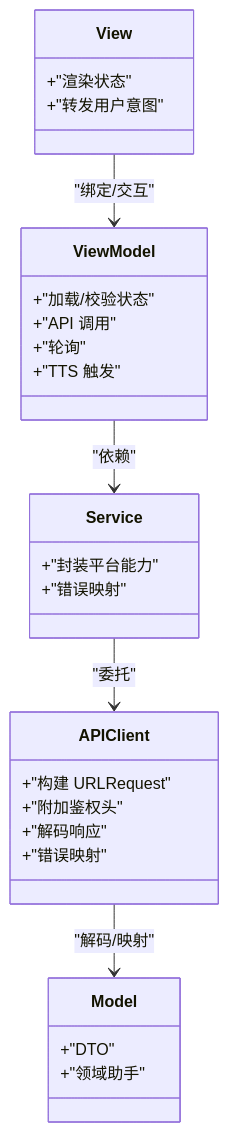
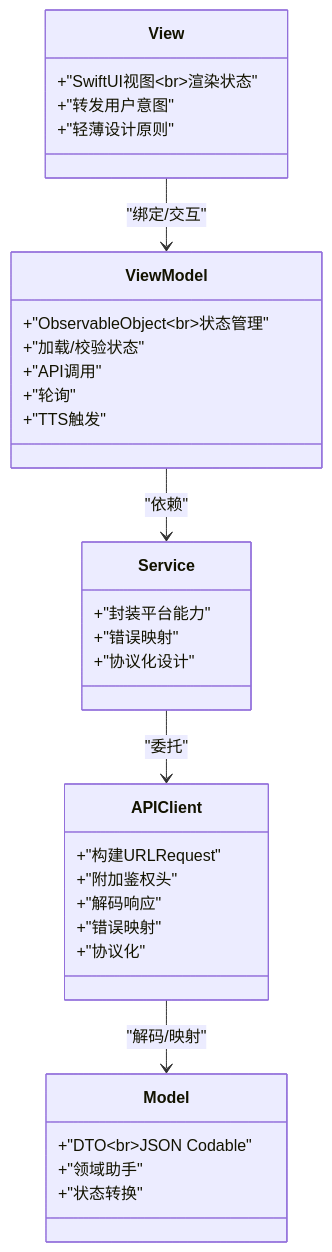
One commit to Jayden23018/blind-run-ios changed the third of 9 diagrams in .qoder/repowiki/zh/content/架构设计/架构设计.md. Above: the diagram before and after it, drawn with Mermaid. The commit also changed other lines of this file and 10 other files, not shown here.

````diff
--- a/.qoder/repowiki/zh/content/架构设计/架构设计.md
+++ b/.qoder/repowiki/zh/content/架构设计/架构设计.md
@@ -159,31 +196,36 @@
 ```mermaid
 classDiagram
 class View {
-+"渲染状态"
++"SwiftUI视图<br/>渲染状态"
 +"转发用户意图"
++"轻薄设计原则"
 }
 class ViewModel {
++"ObservableObject<br/>状态管理"
 +"加载/校验状态"
-+"API 调用"
++"API调用"
 +"轮询"
-+"TTS 触发"
++"TTS触发"
 }
 class Service {
 +"封装平台能力"
 +"错误映射"
++"协议化设计"
 }
 class APIClient {
-+"构建 URLRequest"
++"构建URLRequest"
 +"附加鉴权头"
 +"解码响应"
 +"错误映射"
++"协议化"
 }
 class Model {
-+"DTO"
++"DTO<br/>JSON Codable"
 +"领域助手"
++"状态转换"
 }
 View --> ViewModel : "绑定/交互"
 ViewModel --> Service : "依赖"
 Service --> APIClient : "委托"
 APIClient --> Model : "解码/映射"
 ```
````
